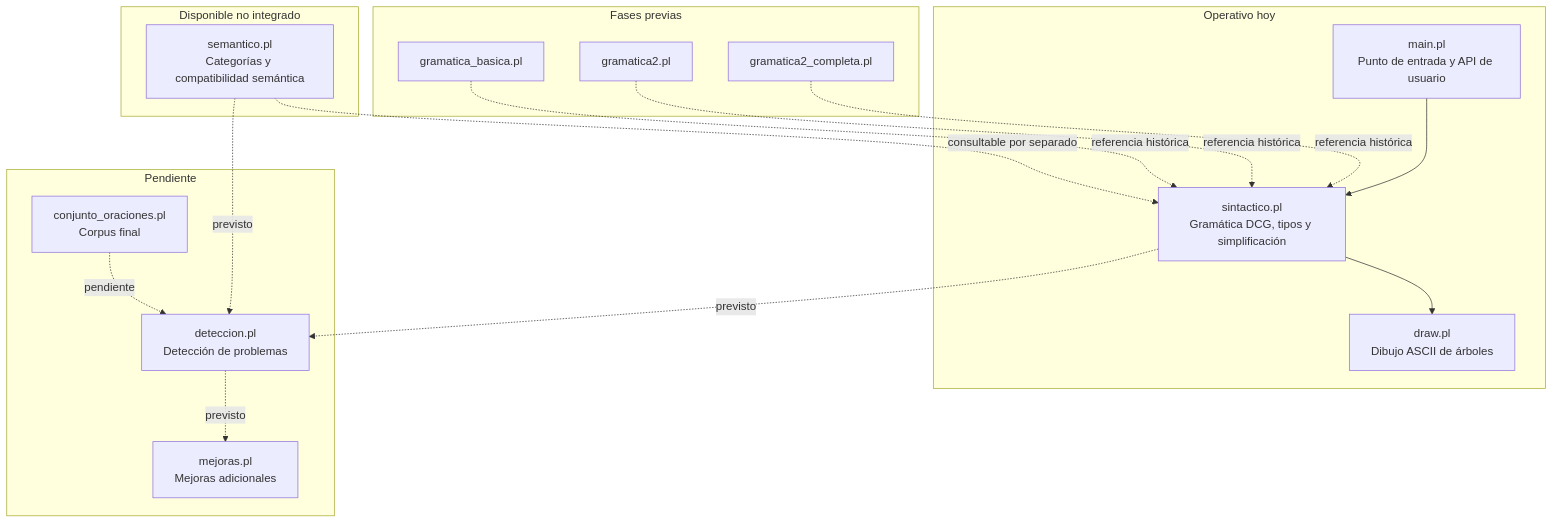
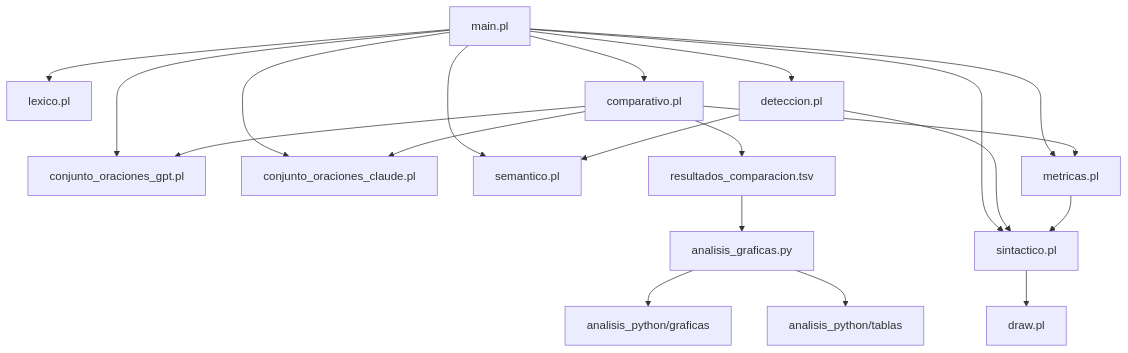
Before and after one commit to aferamb/analizador_sintactico: the first of 2 diagrams in README.md, drawn with Mermaid. The commit also changed other lines of this file and 5 other files, not shown here.

````diff
--- a/README.md
+++ b/README.md
@@ -114,35 +321,22 @@
 ```mermaid
 flowchart TD
-    subgraph S1[Operativo hoy]
-        A[main.pl<br/>Punto de entrada y API de usuario]
-        B[sintactico.pl<br/>Gramática DCG, tipos y simplificación]
-        C[draw.pl<br/>Dibujo ASCII de árboles]
-    end
-
-    subgraph S2[Disponible no integrado]
-        D[semantico.pl<br/>Categorías y compatibilidad semántica]
-    end
-
-    subgraph S3[Fases previas]
-        E[gramatica_basica.pl]
-        F[gramatica2.pl]
-        G[gramatica2_completa.pl]
-    end
-
-    subgraph S4[Pendiente]
-        H[conjunto_oraciones.pl<br/>Corpus final]
-        I[deteccion.pl<br/>Detección de problemas]
-        J[mejoras.pl<br/>Mejoras adicionales]
-    end
-
-    A --> B
-    B --> C
-    D -. consultable por separado .-> B
-    E -. referencia histórica .-> B
-    F -. referencia histórica .-> B
-    G -. referencia histórica .-> B
-    H -. pendiente .-> I
-    D -. previsto .-> I
-    B -. previsto .-> I
-    I -. previsto .-> J
+    A[main.pl] --> B[sintactico.pl]
+    A --> C[lexico.pl]
+    A --> D[conjunto_oraciones_gpt.pl]
+    A --> E[conjunto_oraciones_claude.pl]
+    A --> F[semantico.pl]
+    A --> G[deteccion.pl]
+    A --> H[metricas.pl]
+    A --> I[comparativo.pl]
+    B --> J[draw.pl]
+    G --> F
+    G --> B
+    H --> B
+    I --> H
+    I --> D
+    I --> E
+    I --> K[resultados_comparacion.tsv]
+    K --> L[analisis_graficas.py]
+    L --> M[analisis_python/tablas]
+    L --> N[analisis_python/graficas]
 ```
````
